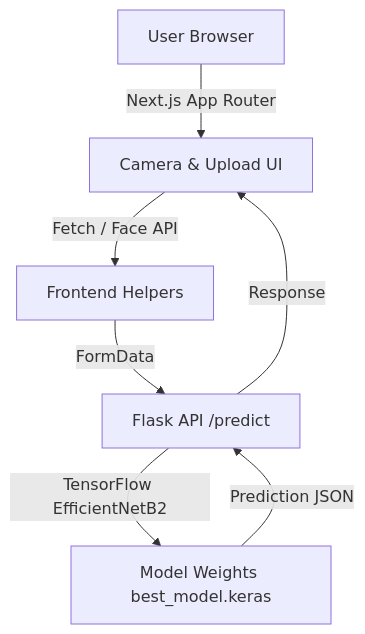
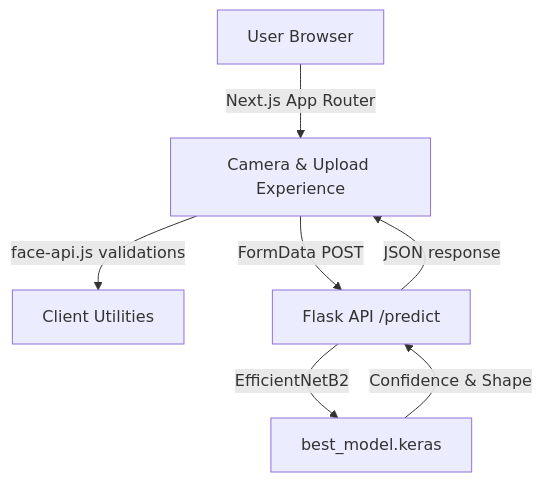
Before and after one commit to DimasMP3/frontend_shapeface: the diagram in README.md, drawn with Mermaid. The commit also changed other lines of this file, not shown here.

Commit message:
docs: revamp README for enhanced clarity and user engagement, updating features and navigation

````diff
--- a/README.md
+++ b/README.md
@@ -38,9 +70,9 @@
 ```mermaid
 graph TD
-  A[User Browser] -->|Next.js App Router| B[Camera & Upload UI]
-  B -->|Fetch / Face API| C[Frontend Helpers]
-  C -->|FormData| D[Flask API /predict]
-  D -->|TensorFlow EfficientNetB2| E[Model Weights best_model.keras]
-  E -->|Prediction JSON| D
-  D -->|Response| B
+  A[User Browser] -->|Next.js App Router| B[Camera & Upload Experience]
+  B -->|face-api.js validations| C[Client Utilities]
+  B -->|FormData POST| D[Flask API /predict]
+  D -->|EfficientNetB2| E[best_model.keras]
+  E -->|Confidence & Shape| D
+  D -->|JSON response| B
 ```
````
